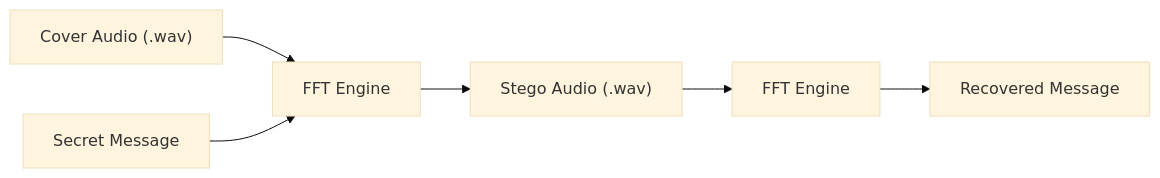
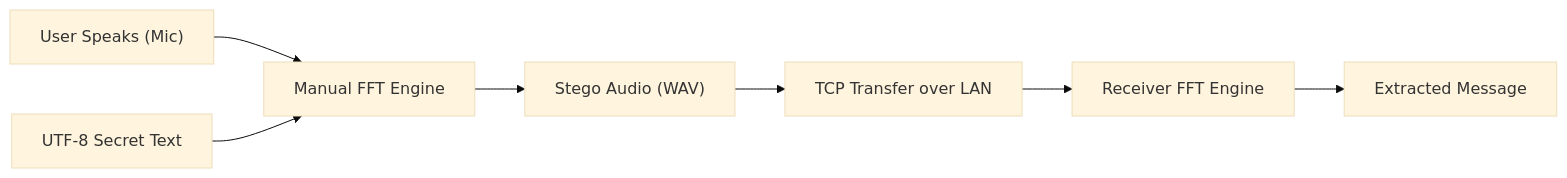
One commit to shrawan077/Audio-Steganography-project changed the first of 2 diagrams in walkthrough3.md. Above: the diagram before and after it, drawn with Mermaid (base theme). The commit also changed other lines of this file and 3 other files, not shown here.

````diff
--- a/walkthrough3.md
+++ b/walkthrough3.md
@@ -15,8 +15,9 @@
 ```mermaid
 graph LR
-    A["Cover Audio (.wav)"] --> B["FFT Engine"]
-    C["Secret Message"] --> B
-    B --> D["Stego Audio (.wav)"]
-    D --> E["FFT Engine"]
-    E --> F["Recovered Message"]
+    A["User Speaks (Mic)"] --> B["Manual FFT Engine"]
+    C["UTF-8 Secret Text"] --> B
+    B --> D["Stego Audio (WAV)"]
+    D --> E["TCP Transfer over LAN"]
+    E --> F["Receiver FFT Engine"]
+    F --> G["Extracted Message"]
 ```
````
